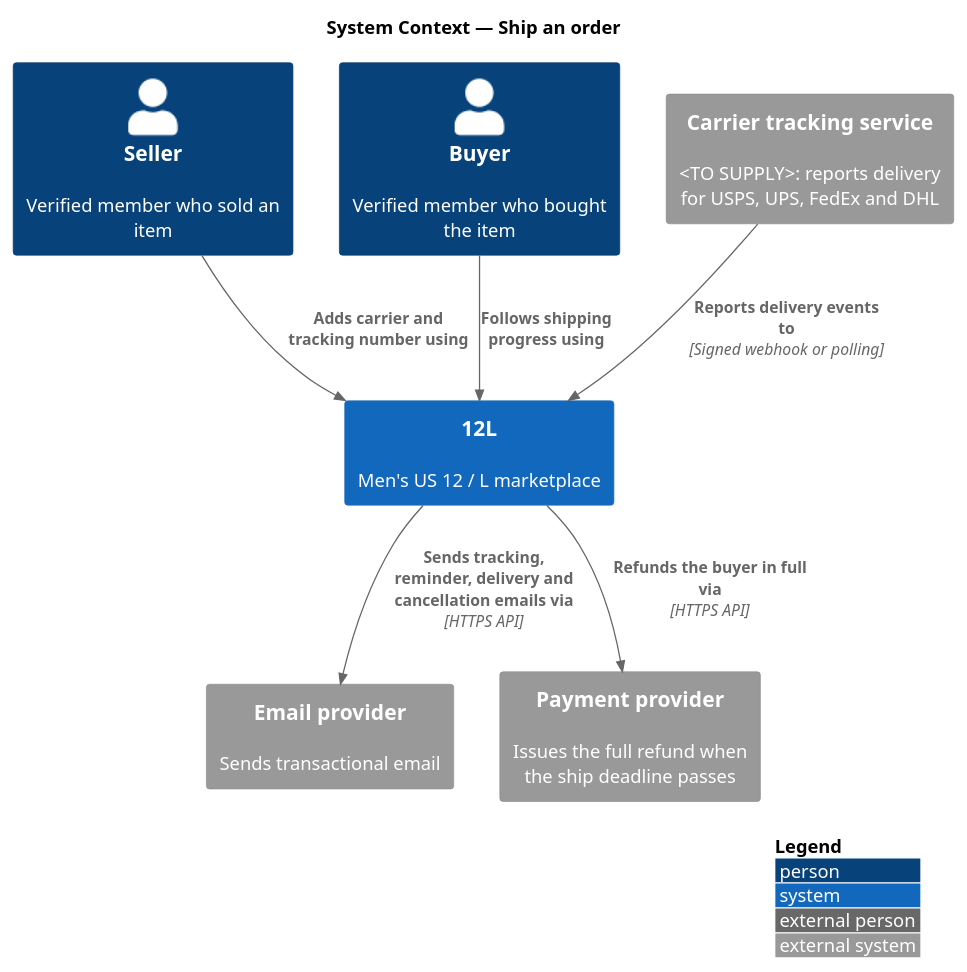
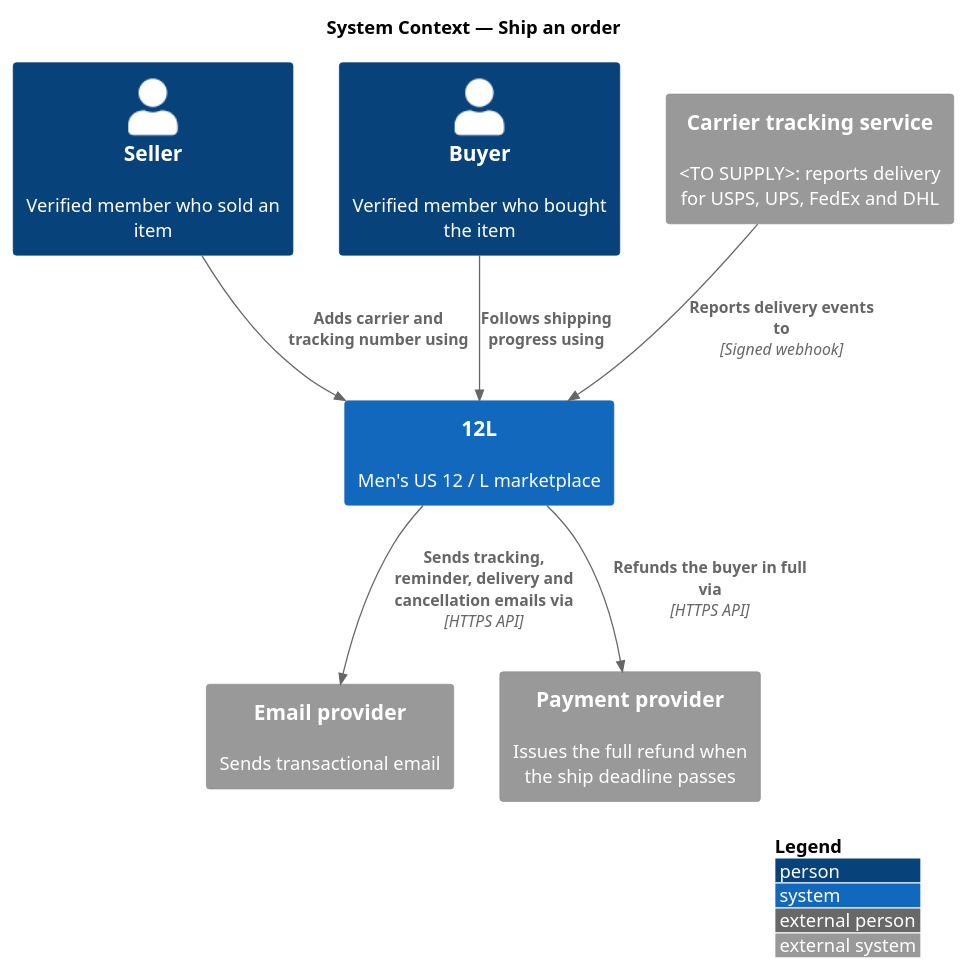
Before and after one commit to QuinntyneBrown/12l: the diagram in docs/detailed-designs/orders/ship-order/diagrams/c4-context.puml, drawn with PlantUML. The commit also changed 66 other files, not shown here.

```diff
--- a/docs/detailed-designs/orders/ship-order/diagrams/c4-context.puml
+++ b/docs/detailed-designs/orders/ship-order/diagrams/c4-context.puml
@@ -1,18 +1,18 @@
 @startuml
 !include <C4/C4_Context>
 LAYOUT_WITH_LEGEND()
 title System Context — Ship an order
 
 Person(seller, "Seller", "Verified member who sold an item")
 Person(buyer, "Buyer", "Verified member who bought the item")
 System(twelvel, "12L", "Men's US 12 / L marketplace")
 System_Ext(email, "Email provider", "Sends transactional email")
 System_Ext(carrier, "Carrier tracking service", "<TO SUPPLY>: reports delivery for USPS, UPS, FedEx and DHL")
 System_Ext(pay, "Payment provider", "Issues the full refund when the ship deadline passes")
 
 Rel(seller, twelvel, "Adds carrier and tracking number using")
 Rel(buyer, twelvel, "Follows shipping progress using")
 Rel(twelvel, email, "Sends tracking, reminder, delivery and cancellation emails via", "HTTPS API")
-Rel(carrier, twelvel, "Reports delivery events to", "Signed webhook or polling")
+Rel(carrier, twelvel, "Reports delivery events to", "Signed webhook")
 Rel(twelvel, pay, "Refunds the buyer in full via", "HTTPS API")
 @enduml
```
